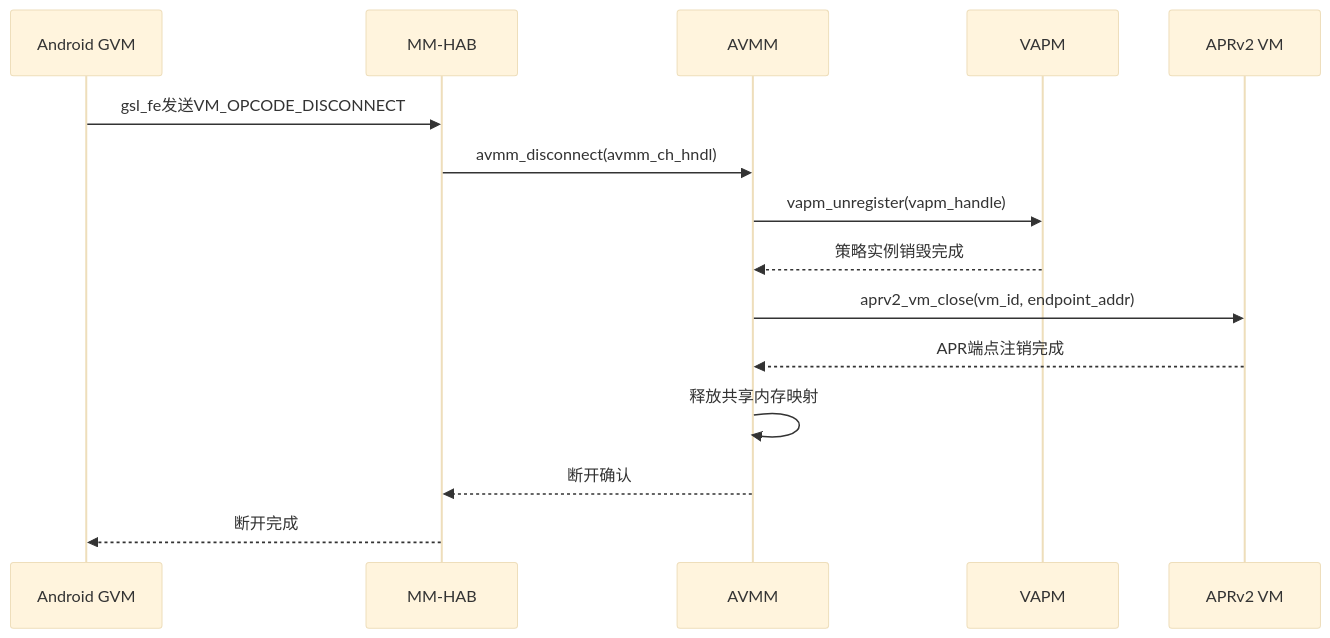
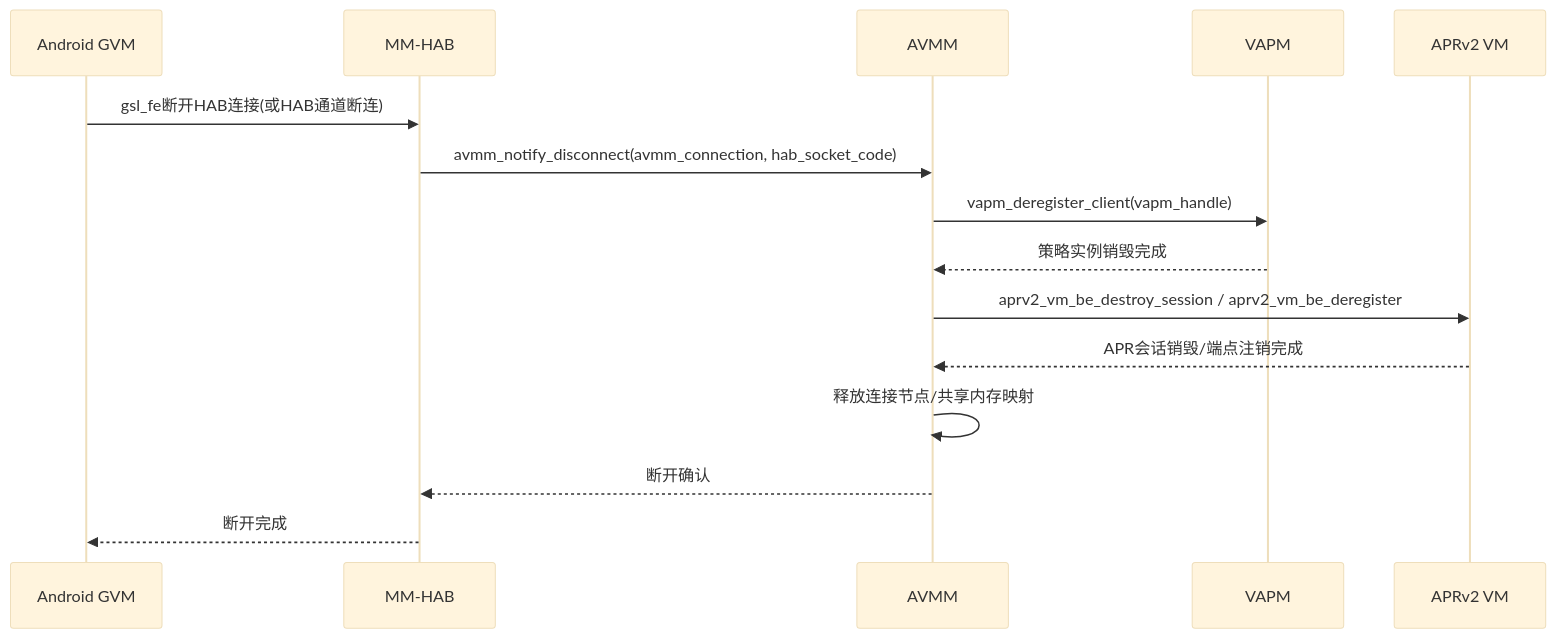
Before and after one commit to yanglinzhen1022/SA8295_AAOS_QNX_Audio_KnowledgeBase: the third of 10 diagrams in 16_Vendor_QNX_Architecture/16_16.16_QNX_audio_driver_vm_VM音频驱动层.md, drawn with Mermaid (base theme). The commit also changed other lines of this file and 48 other files, not shown here.

````diff
--- a/16_Vendor_QNX_Architecture/16_16.16_QNX_audio_driver_vm_VM音频驱动层.md
+++ b/16_Vendor_QNX_Architecture/16_16.16_QNX_audio_driver_vm_VM音频驱动层.md
@@ -144,18 +154,18 @@
 ```mermaid
 sequenceDiagram
     participant GVM as Android GVM
     participant HAB as MM-HAB
     participant AVMM as AVMM
     participant VAPM as VAPM
     participant APR as APRv2 VM
 
-    GVM->>HAB: gsl_fe发送VM_OPCODE_DISCONNECT
-    HAB->>AVMM: avmm_disconnect(avmm_ch_hndl)
-    AVMM->>VAPM: vapm_unregister(vapm_handle)
+    GVM->>HAB: gsl_fe断开HAB连接(或HAB通道断连)
+    HAB->>AVMM: avmm_notify_disconnect(avmm_connection, hab_socket_code)
+    AVMM->>VAPM: vapm_deregister_client(vapm_handle)
     VAPM-->>AVMM: 策略实例销毁完成
-    AVMM->>APR: aprv2_vm_close(vm_id, endpoint_addr)
-    APR-->>AVMM: APR端点注销完成
-    AVMM->>AVMM: 释放共享内存映射
+    AVMM->>APR: aprv2_vm_be_destroy_session / aprv2_vm_be_deregister
+    APR-->>AVMM: APR会话销毁/端点注销完成
+    AVMM->>AVMM: 释放连接节点/共享内存映射
     AVMM-->>HAB: 断开确认
     HAB-->>GVM: 断开完成
 ```
````
